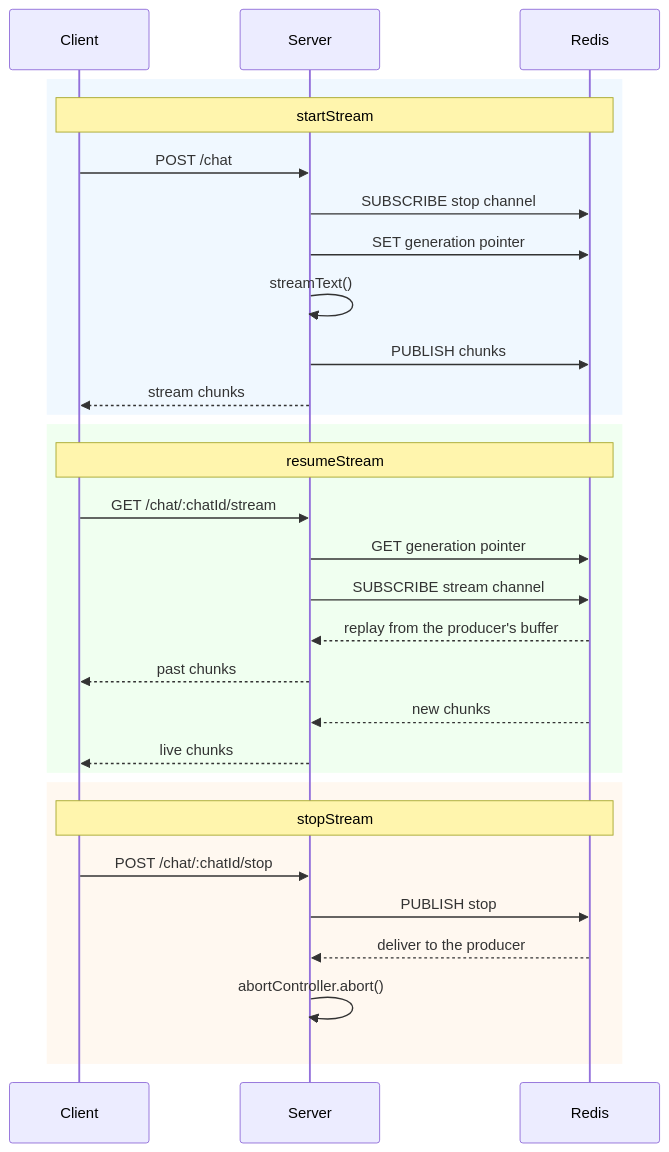
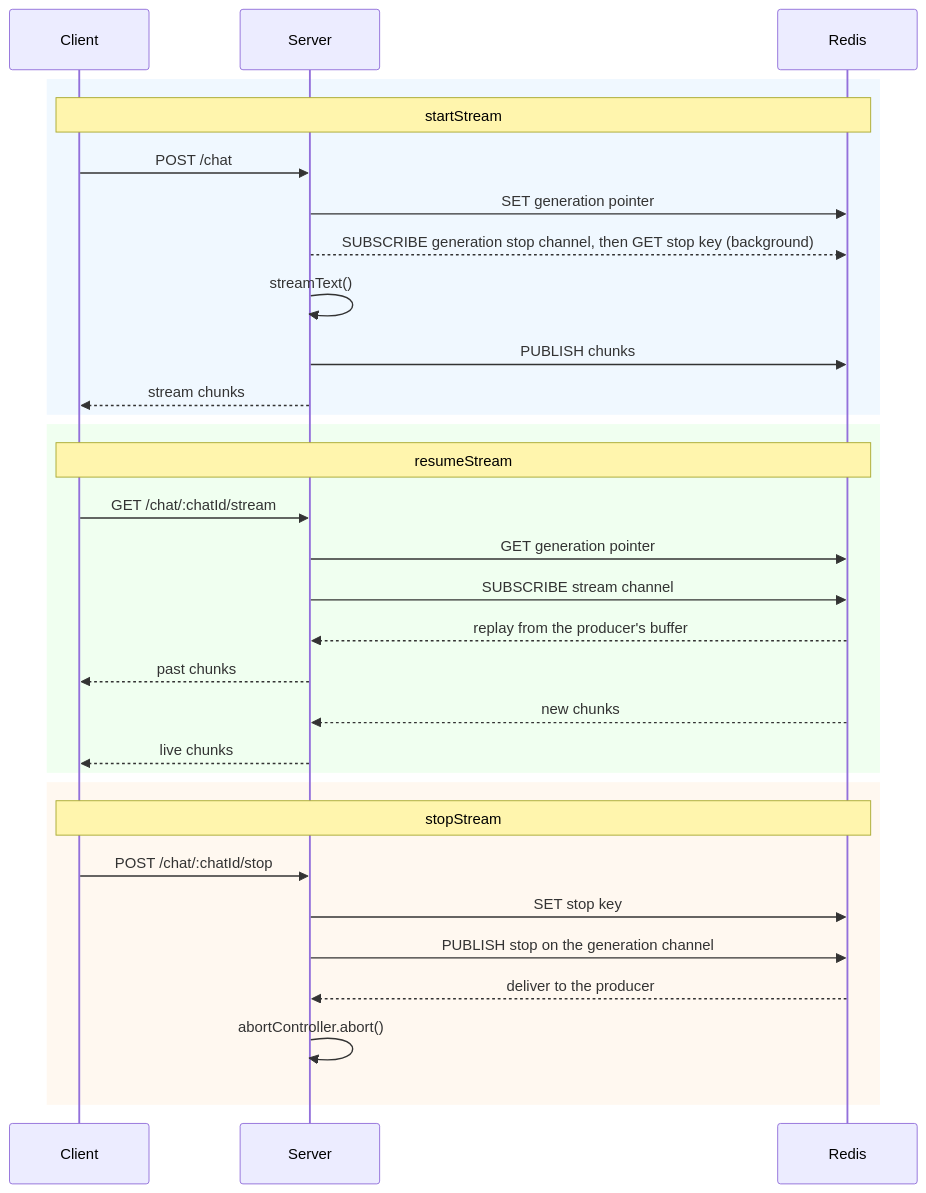
One commit to zirkelc/ai-resumable-stream changed the first of 2 diagrams in README.md. Above: the diagram before and after it, drawn with Mermaid. The commit also changed other lines of this file and 14 other files, not shown here.

````diff
--- a/README.md
+++ b/README.md
@@ -230,35 +303,36 @@
 ```mermaid
 sequenceDiagram
     participant Client
     participant Server
     participant Redis
 
     rect rgb(240, 248, 255)
         Note over Client,Redis: startStream
         Client->>Server: POST /chat
-        Server->>Redis: SUBSCRIBE stop channel
         Server->>Redis: SET generation pointer
+        Server-->>Redis: SUBSCRIBE generation stop channel, then GET stop key (background)
         Server->>Server: streamText()
         Server->>Redis: PUBLISH chunks
         Server-->>Client: stream chunks
     end
 
     rect rgb(240, 255, 240)
         Note over Client,Redis: resumeStream
         Client->>Server: GET /chat/:chatId/stream
         Server->>Redis: GET generation pointer
         Server->>Redis: SUBSCRIBE stream channel
         Redis-->>Server: replay from the producer's buffer
         Server-->>Client: past chunks
         Redis-->>Server: new chunks
         Server-->>Client: live chunks
     end
 
     rect rgb(255, 248, 240)
         Note over Client,Redis: stopStream
         Client->>Server: POST /chat/:chatId/stop
-        Server->>Redis: PUBLISH stop
+        Server->>Redis: SET stop key
+        Server->>Redis: PUBLISH stop on the generation channel
         Redis-->>Server: deliver to the producer
         Server->>Server: abortController.abort()
     end
 ```
````
